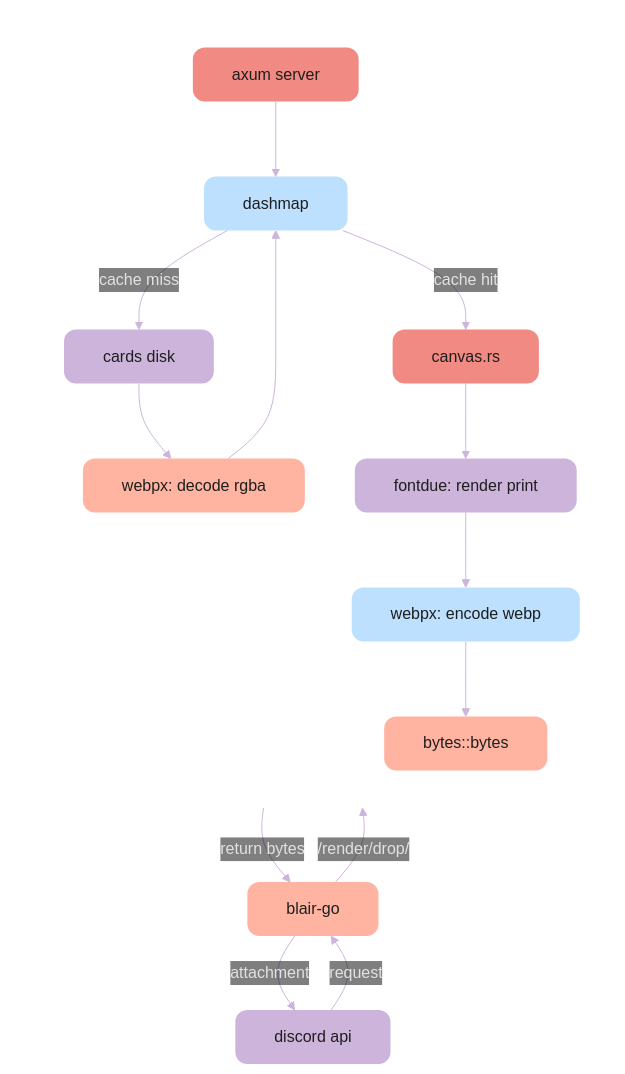
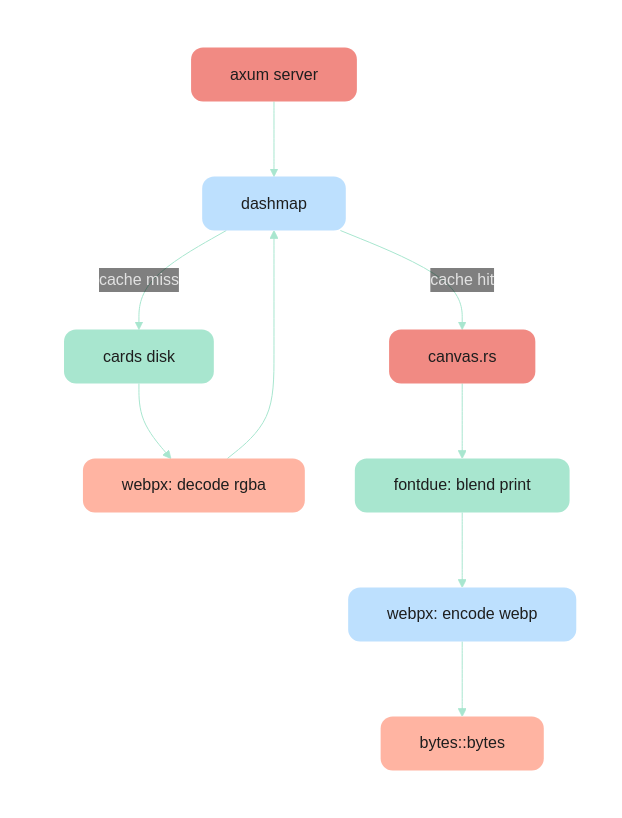
One commit to clarinep/sumi changed the diagram in README.md. Above: the diagram before and after it, drawn with Mermaid.

````diff
--- a/README.md
+++ b/README.md
@@ -51,57 +51,48 @@
 ```mermaid
 ---
 config:
   theme: base
   themeVariables:
     background: "transparent"
     clusterBkg: "transparent"
     clusterBorder: "transparent"
-    lineColor: "#cdb4db"
+    lineColor: "#a8e6cf"
     primaryTextColor: "#e2e2e2"
     edgeLabelBackground: "transparent"
     fontFamily: "ui-sans-serif, system-ui, sans-serif"
   padding: 30
   flowchart:
     curve: basis
 ---
 flowchart TD
-    discord["&nbsp;&nbsp;discord api&nbsp;&nbsp;"]
-    blair["&nbsp;&nbsp;blair-go&nbsp;&nbsp;"]
-
     subgraph sumi[" "]
         direction TB
         server["&nbsp;&nbsp;axum server&nbsp;&nbsp;"]
         cache["&nbsp;&nbsp;dashmap&nbsp;&nbsp;"]
         disk["&nbsp;&nbsp;cards disk&nbsp;&nbsp;"]
         decode["&nbsp;&nbsp;webpx: decode rgba&nbsp;&nbsp;"]
         canvas["&nbsp;&nbsp;canvas.rs&nbsp;&nbsp;"]
-        fontdue["&nbsp;&nbsp;fontdue: render print&nbsp;&nbsp;"]
+        fontdue["&nbsp;&nbsp;fontdue: blend print&nbsp;&nbsp;"]
         encode["&nbsp;&nbsp;webpx: encode webp&nbsp;&nbsp;"]
         output["&nbsp;&nbsp;bytes::bytes&nbsp;&nbsp;"]
     end
-
-    discord -- request --> blair
-    blair -- /render/drop/ --> server
 
     server --> cache
     cache -- cache miss --> disk
     disk --> decode
     decode --> cache
     cache -- cache hit --> canvas
     canvas --> fontdue
     fontdue --> encode
     encode --> output
 
-    output -- return bytes --> blair
-    blair -- attachment --> discord
-
-    classDef base fill:#cdb4db,stroke:none,color:#1e1e1e,rx:12,ry:12
+    classDef base fill:#a8e6cf,stroke:none,color:#1e1e1e,rx:12,ry:12
     classDef peach fill:#ffb4a2,stroke:none,color:#1e1e1e,rx:12,ry:12
     classDef coral fill:#f18a83,stroke:none,color:#1e1e1e,rx:12,ry:12
     classDef blue fill:#bde0fe,stroke:none,color:#1e1e1e,rx:12,ry:12
 
-    class discord,disk,fontdue base
-    class blair,decode,output peach
+    class disk,fontdue base
+    class decode,output peach
     class server,canvas coral
     class cache,encode blue
 ```
````
